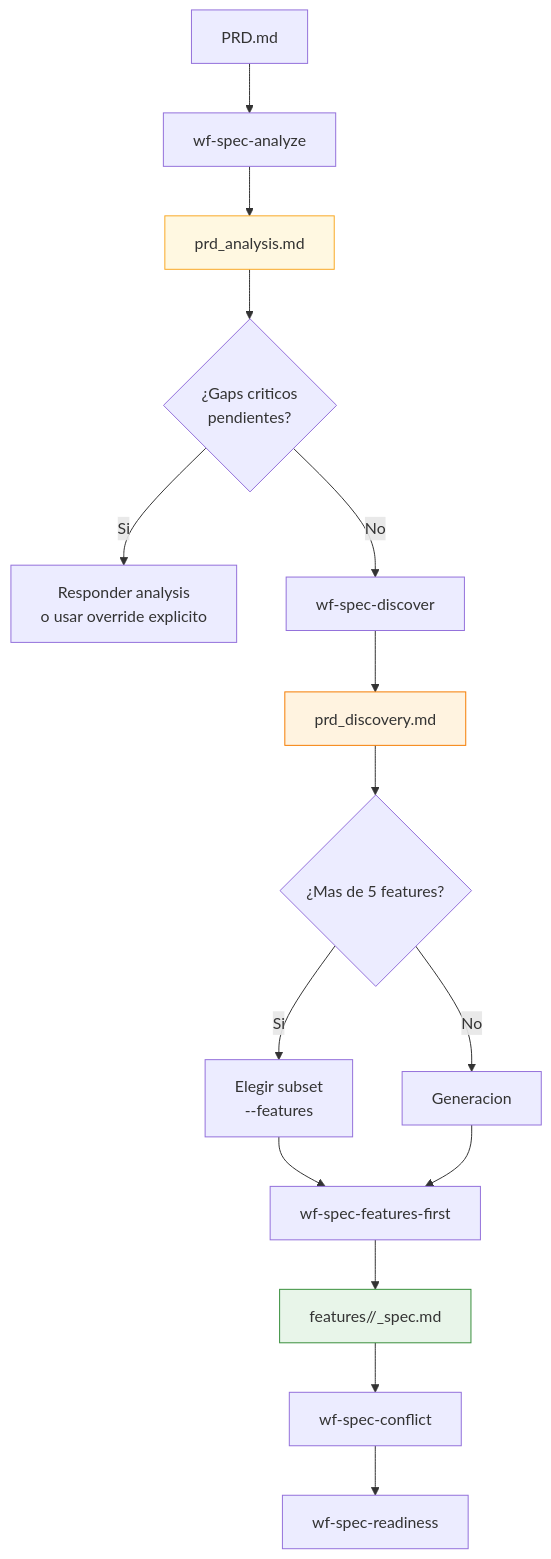
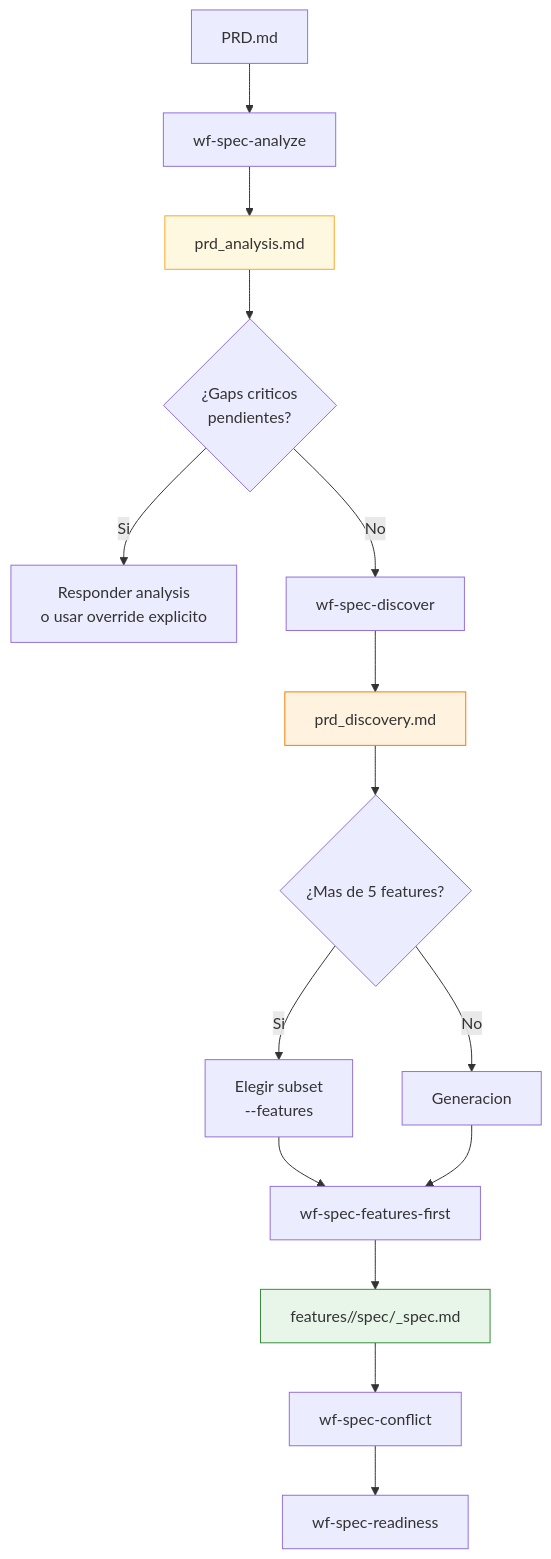
Before and after one commit to OspofeDeveloper/ai-dev-agents-lab: the first of 4 diagrams in sdd/spec/DIAGRAMS.md, drawn with Mermaid. The commit also changed other lines of this file and 25 other files, not shown here.

Commit message:
DONE: Implementar 10.2 y 10.4 ROADMAP

````diff
--- a/sdd/spec/DIAGRAMS.md
+++ b/sdd/spec/DIAGRAMS.md
@@ -13,22 +13,22 @@
 ```mermaid
 flowchart TD
     PRD[PRD.md]
     PRD --> Analyze["wf-spec-analyze"]
     Analyze --> Analysis[prd_analysis.md]
     Analysis --> Gaps{"¿Gaps criticos<br/>pendientes?"}
     Gaps -->|Si| Stop1["Responder analysis<br/>o usar override explicito"]
     Gaps -->|No| Discover["wf-spec-discover"]
     Discover --> Discovery[prd_discovery.md]
     Discovery --> Size{"¿Mas de 5 features?"}
     Size -->|Si| Subset["Elegir subset<br/>--features"]
     Size -->|No| Generate["Generacion"]
     Subset --> FF["wf-spec-features-first"]
     Generate --> FF
-    FF --> Features[features/<x>/<x>_spec.md]
+    FF --> Features[features/<x>/spec/<x>_spec.md]
     Features --> Conflict["wf-spec-conflict"]
     Conflict --> Readiness["wf-spec-readiness"]
 
     style Analysis fill:#fff8e1,stroke:#f9a825
     style Discovery fill:#fff3e0,stroke:#f57c00
     style Features fill:#e8f5e9,stroke:#388e3c
 ```
````
